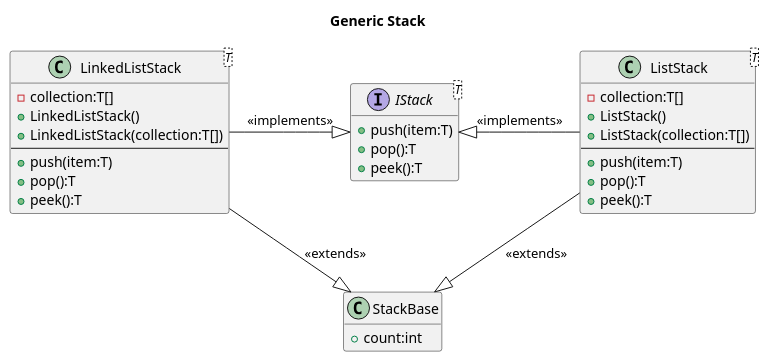
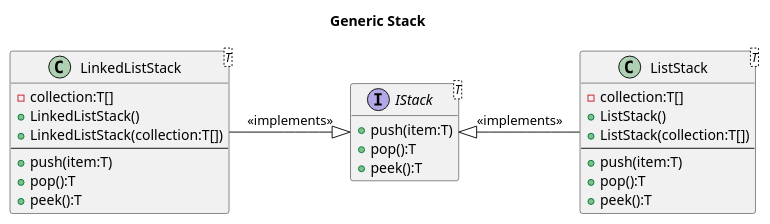
Before and after one commit to zcomert/btk-akademi-nesne-yonelimli-programlama: the diagram in UMLs/chapter_09_01_stack.wsd, drawn with PlantUML. The commit also changed 1 other file, not shown here.

Commit message:
StackApp has been completed.

```diff
--- a/UMLs/chapter_09_01_stack.wsd
+++ b/UMLs/chapter_09_01_stack.wsd
@@ -1,38 +1,32 @@
 @startuml
 title Generic Stack
 interface IStack<T>{
     +push(item:T)
     +pop():T
     +peek():T
 }
 
 class LinkedListStack<T>{
     -collection:T[]
     +LinkedListStack()
     +LinkedListStack(collection:T[])
     --
     +push(item:T)
     +pop():T
     +peek():T
 }
 
 class ListStack<T>{
     -collection:T[]
     +ListStack()
     +ListStack(collection:T[])
     --
     +push(item:T)
     +pop():T
     +peek():T
 }
 
-class StackBase{
-    +count:int
-}
 ListStack -l-|> IStack : <<implements>>
-ListStack -d-|> StackBase : <<extends>>
-
 LinkedListStack -r-|> IStack : <<implements>>
-LinkedListStack -d-|> StackBase : <<extends>>
 hide empty members
 @enduml
```
